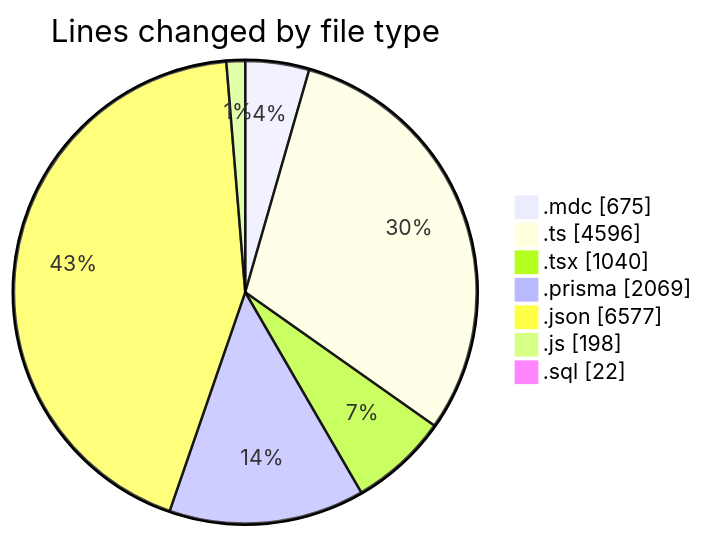
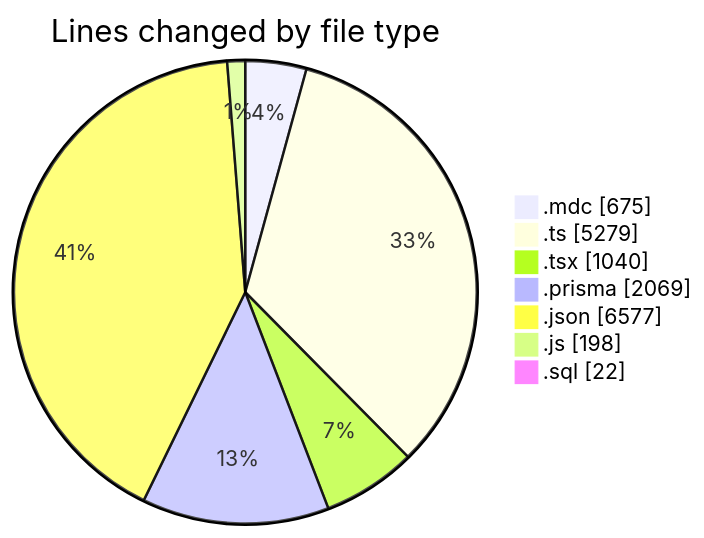
One commit to CELIANVF/code-tracking changed the first of 2 diagrams in 2025-06-05/ecodeli-1/README.md. Above: the diagram before and after it, drawn with Mermaid. The commit also changed other lines of this file and 1 other file, not shown here.

````diff
--- a/2025-06-05/ecodeli-1/README.md
+++ b/2025-06-05/ecodeli-1/README.md
@@ -45,11 +46,11 @@
 ```mermaid
 pie showData
 title Lines changed by file type
 ".mdc" : 675
-".ts" : 4596
+".ts" : 5279
 ".tsx" : 1040
 ".prisma" : 2069
 ".json" : 6577
 ".js" : 198
 ".sql" : 22
 ```
````
